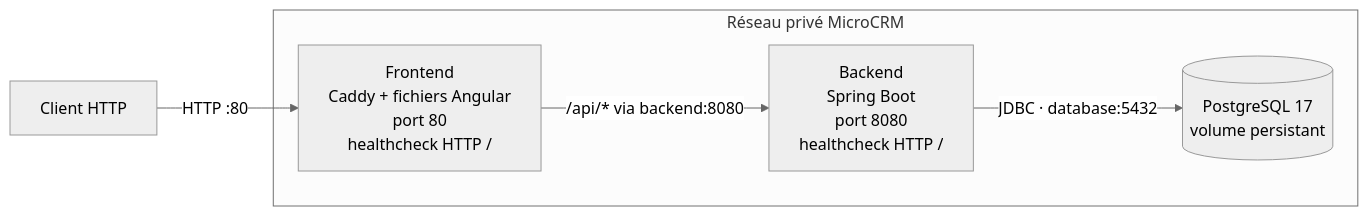
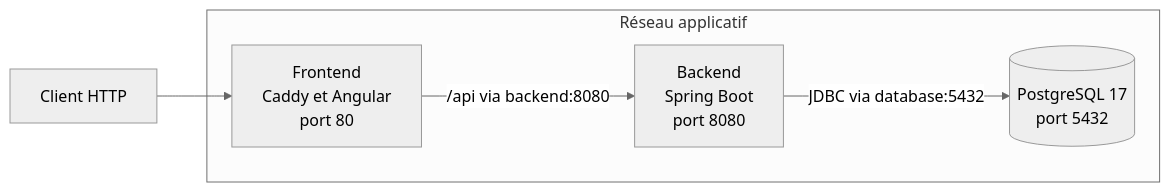
Before and after one commit to jrdora31/p6-devops-strategy: the diagram in documentation/diagrammes/architecture_conteneurs.md, drawn with Mermaid (neutral theme). The commit also changed other lines of this file and 28 other files, not shown here.

````diff
--- a/documentation/diagrammes/architecture_conteneurs.md
+++ b/documentation/diagrammes/architecture_conteneurs.md
@@ -6,15 +3,15 @@
 ```mermaid
 flowchart LR
-    user[Client HTTP]
+    USER[Client HTTP]
 
-    subgraph network[Réseau privé MicroCRM]
-        front["Frontend\nCaddy + fichiers Angular\nport 80\nhealthcheck HTTP /"]
-        back["Backend\nSpring Boot\nport 8080\nhealthcheck HTTP /"]
-        data[("PostgreSQL 17\nvolume persistant")]
+    subgraph NETWORK[Réseau applicatif]
+        FRONT[Frontend\nCaddy et Angular\nport 80]
+        BACK[Backend\nSpring Boot\nport 8080]
+        DB[(PostgreSQL 17\nport 5432)]
 
-        front -->|"/api/* via backend:8080"| back
-        back -->|"JDBC · database:5432"| data
+        FRONT -->|/api via backend:8080| BACK
+        BACK -->|JDBC via database:5432| DB
     end
 
-    user -->|"HTTP :80"| front
+    USER --> FRONT
 ```
````
